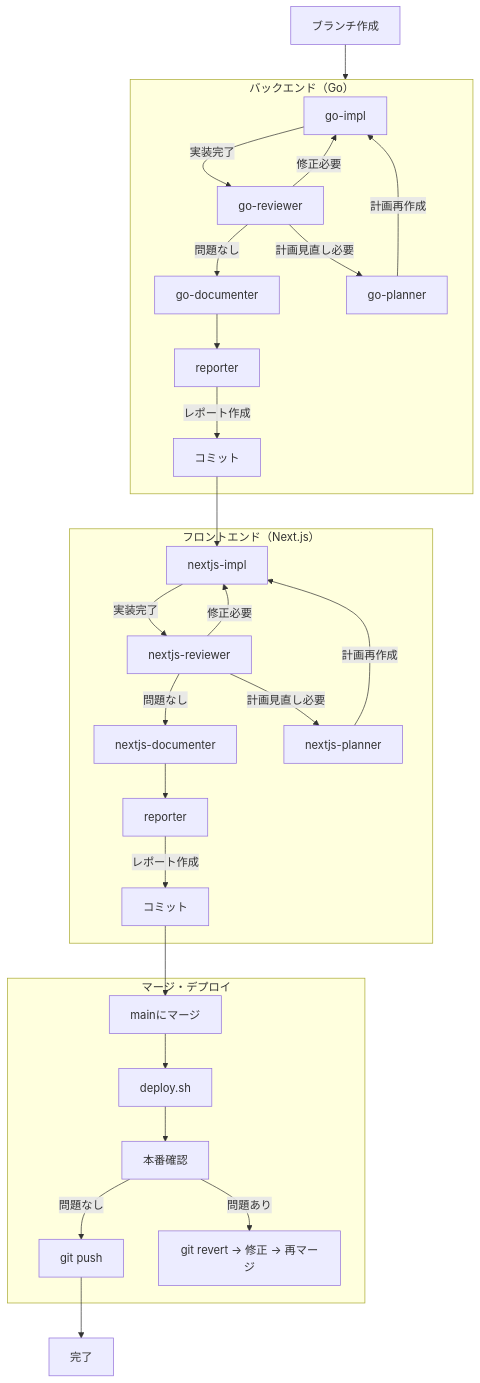
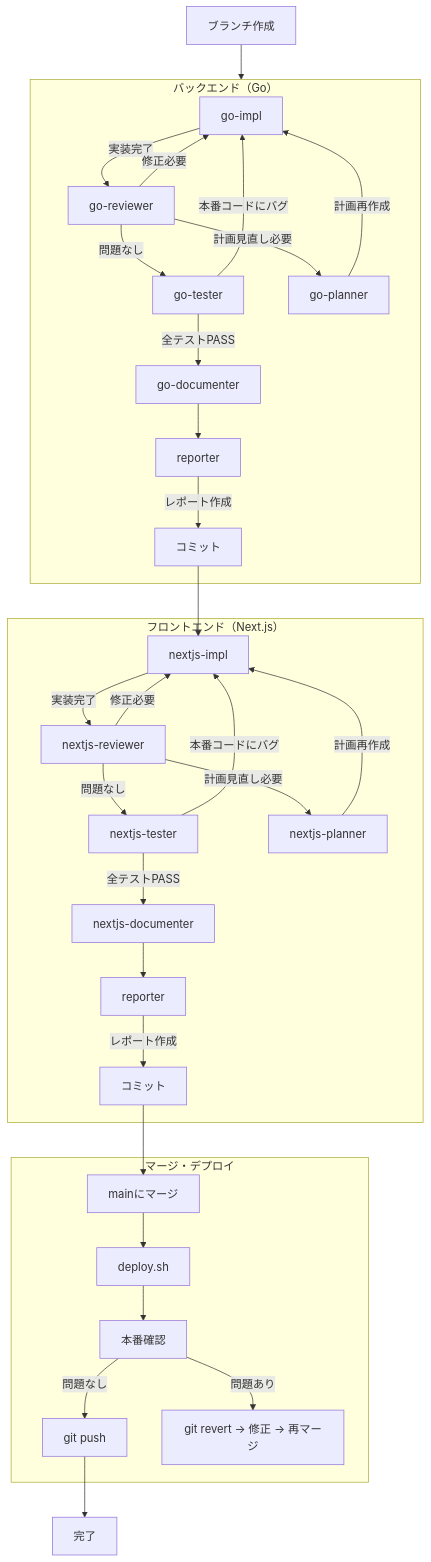
Before and after one commit to nyan-tama/Ghostrunner: the diagram in .claude/commands/fullstack.md, drawn with Mermaid. The commit also changed other lines of this file and 7 other files, not shown here.

````diff
--- a/.claude/commands/fullstack.md
+++ b/.claude/commands/fullstack.md
@@ -13,35 +13,39 @@
 ```mermaid
 flowchart TD
     Start[ブランチ作成] --> Backend
 
     subgraph Backend["バックエンド（Go）"]
         A[go-impl] -->|実装完了| B[go-reviewer]
-        B -->|問題なし| C[go-documenter]
+        B -->|問題なし| B2[go-tester]
         B -->|修正必要| A
         B -->|計画見直し必要| D[go-planner]
         D -->|計画再作成| A
+        B2 -->|全テストPASS| C[go-documenter]
+        B2 -->|本番コードにバグ| A
         C --> E[reporter]
         E -->|レポート作成| F[コミット]
     end
 
     subgraph Frontend["フロントエンド（Next.js）"]
         G[nextjs-impl] -->|実装完了| H[nextjs-reviewer]
-        H -->|問題なし| I[nextjs-documenter]
+        H -->|問題なし| H2[nextjs-tester]
         H -->|修正必要| G
         H -->|計画見直し必要| J[nextjs-planner]
         J -->|計画再作成| G
+        H2 -->|全テストPASS| I[nextjs-documenter]
+        H2 -->|本番コードにバグ| G
         I --> K[reporter]
         K -->|レポート作成| L[コミット]
     end
 
     subgraph Deploy["マージ・デプロイ"]
         N[mainにマージ] --> O[deploy.sh]
         O --> P[本番確認]
         P -->|問題なし| Q[git push]
         P -->|問題あり| R[git revert → 修正 → 再マージ]
     end
 
     F --> G
     L --> N
     Q --> M[完了]
 ```
````
